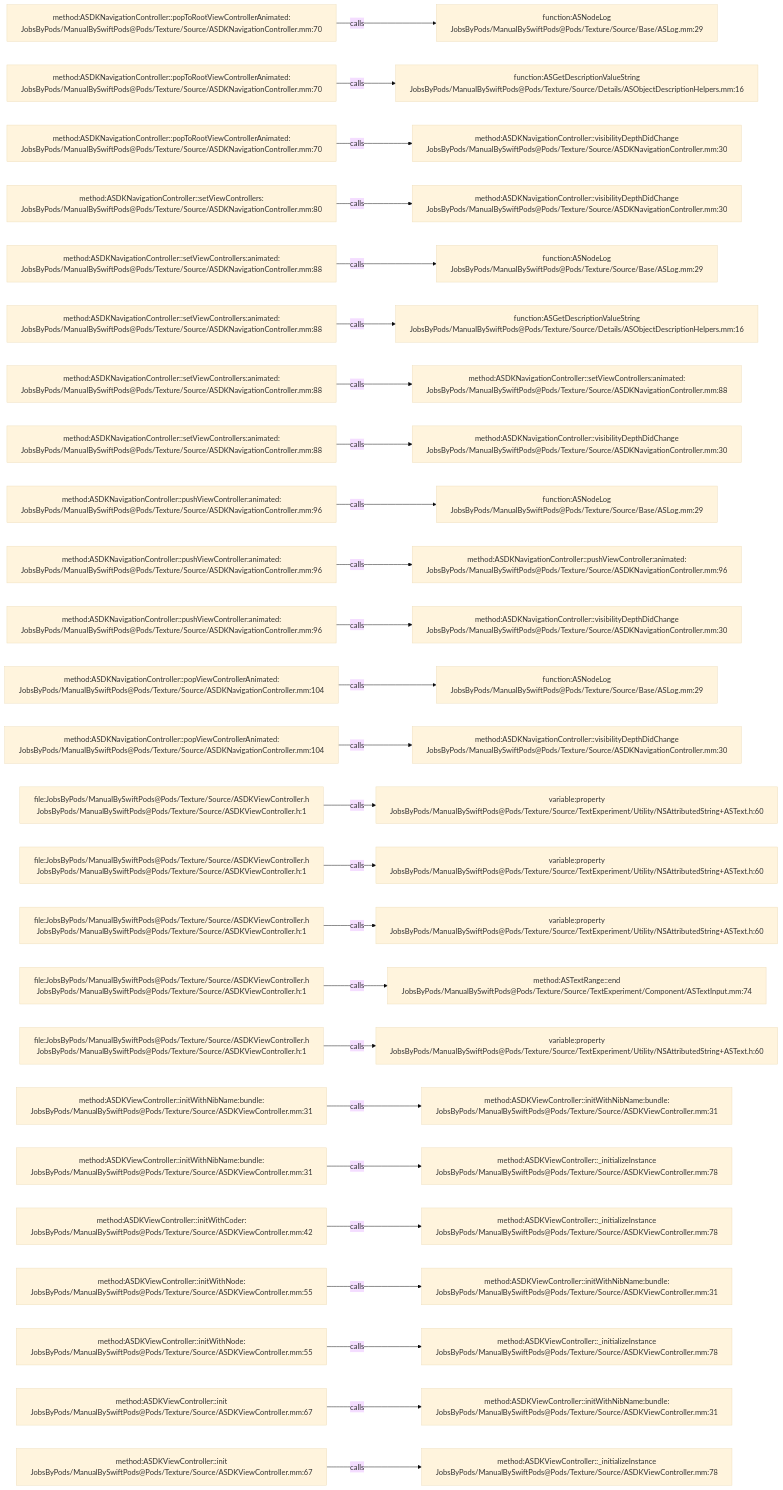
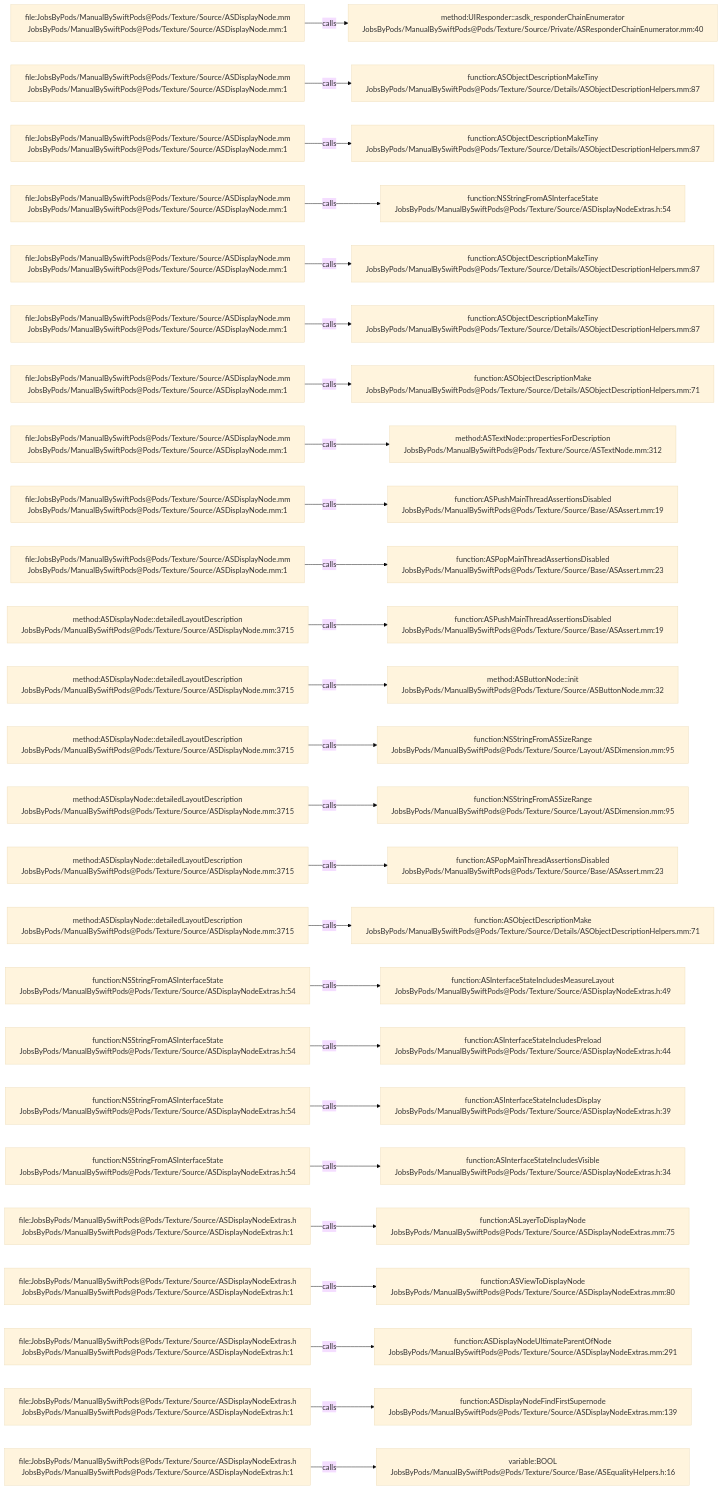
The diagram in .codegraph/codegraph.md/graphs/calls-037.md (JobsKits/JobsSwiftBaseConfigDemo), drawn with Mermaid (base theme) before and after one commit. The commit also changed 832 other files, not shown here.

````diff
--- a/.codegraph/codegraph.md/graphs/calls-037.md
+++ b/.codegraph/codegraph.md/graphs/calls-037.md
@@ -13,78 +13,78 @@
 ```mermaid
 flowchart LR
-  S1["method:ASDKNavigationController::popToRootViewControllerAnimated:<br/>JobsByPods/ManualBySwiftPods@Pods/Texture/Source/ASDKNavigationController.mm:70"]
-  T1["function:ASNodeLog<br/>JobsByPods/ManualBySwiftPods@Pods/Texture/Source/Base/ASLog.mm:29"]
+  S1["file:JobsByPods/ManualBySwiftPods@Pods/Texture/Source/ASDisplayNode.mm<br/>JobsByPods/ManualBySwiftPods@Pods/Texture/Source/ASDisplayNode.mm:1"]
+  T1["method:UIResponder::asdk_responderChainEnumerator<br/>JobsByPods/ManualBySwiftPods@Pods/Texture/Source/Private/ASResponderChainEnumerator.mm:40"]
   S1 -->|calls| T1
-  S2["method:ASDKNavigationController::popToRootViewControllerAnimated:<br/>JobsByPods/ManualBySwiftPods@Pods/Texture/Source/ASDKNavigationController.mm:70"]
-  T2["function:ASGetDescriptionValueString<br/>JobsByPods/ManualBySwiftPods@Pods/Texture/Source/Details/ASObjectDescriptionHelpers.mm:16"]
+  S2["file:JobsByPods/ManualBySwiftPods@Pods/Texture/Source/ASDisplayNode.mm<br/>JobsByPods/ManualBySwiftPods@Pods/Texture/Source/ASDisplayNode.mm:1"]
+  T2["function:ASObjectDescriptionMakeTiny<br/>JobsByPods/ManualBySwiftPods@Pods/Texture/Source/Details/ASObjectDescriptionHelpers.mm:87"]
   S2 -->|calls| T2
-  S3["method:ASDKNavigationController::popToRootViewControllerAnimated:<br/>JobsByPods/ManualBySwiftPods@Pods/Texture/Source/ASDKNavigationController.mm:70"]
-  T3["method:ASDKNavigationController::visibilityDepthDidChange<br/>JobsByPods/ManualBySwiftPods@Pods/Texture/Source/ASDKNavigationController.mm:30"]
+  S3["file:JobsByPods/ManualBySwiftPods@Pods/Texture/Source/ASDisplayNode.mm<br/>JobsByPods/ManualBySwiftPods@Pods/Texture/Source/ASDisplayNode.mm:1"]
+  T3["function:ASObjectDescriptionMakeTiny<br/>JobsByPods/ManualBySwiftPods@Pods/Texture/Source/Details/ASObjectDescriptionHelpers.mm:87"]
   S3 -->|calls| T3
-  S4["method:ASDKNavigationController::setViewControllers:<br/>JobsByPods/ManualBySwiftPods@Pods/Texture/Source/ASDKNavigationController.mm:80"]
-  T4["method:ASDKNavigationController::visibilityDepthDidChange<br/>JobsByPods/ManualBySwiftPods@Pods/Texture/Source/ASDKNavigationController.mm:30"]
+  S4["file:JobsByPods/ManualBySwiftPods@Pods/Texture/Source/ASDisplayNode.mm<br/>JobsByPods/ManualBySwiftPods@Pods/Texture/Source/ASDisplayNode.mm:1"]
+  T4["function:NSStringFromASInterfaceState<br/>JobsByPods/ManualBySwiftPods@Pods/Texture/Source/ASDisplayNodeExtras.h:54"]
   S4 -->|calls| T4
-  S5["method:ASDKNavigationController::setViewControllers:animated:<br/>JobsByPods/ManualBySwiftPods@Pods/Texture/Source/ASDKNavigationController.mm:88"]
-  T5["function:ASNodeLog<br/>JobsByPods/ManualBySwiftPods@Pods/Texture/Source/Base/ASLog.mm:29"]
+  S5["file:JobsByPods/ManualBySwiftPods@Pods/Texture/Source/ASDisplayNode.mm<br/>JobsByPods/ManualBySwiftPods@Pods/Texture/Source/ASDisplayNode.mm:1"]
+  T5["function:ASObjectDescriptionMakeTiny<br/>JobsByPods/ManualBySwiftPods@Pods/Texture/Source/Details/ASObjectDescriptionHelpers.mm:87"]
   S5 -->|calls| T5
-  S6["method:ASDKNavigationController::setViewControllers:animated:<br/>JobsByPods/ManualBySwiftPods@Pods/Texture/Source/ASDKNavigationController.mm:88"]
-  T6["function:ASGetDescriptionValueString<br/>JobsByPods/ManualBySwiftPods@Pods/Texture/Source/Details/ASObjectDescriptionHelpers.mm:16"]
+  S6["file:JobsByPods/ManualBySwiftPods@Pods/Texture/Source/ASDisplayNode.mm<br/>JobsByPods/ManualBySwiftPods@Pods/Texture/Source/ASDisplayNode.mm:1"]
+  T6["function:ASObjectDescriptionMakeTiny<br/>JobsByPods/ManualBySwiftPods@Pods/Texture/Source/Details/ASObjectDescriptionHelpers.mm:87"]
   S6 -->|calls| T6
-  S7["method:ASDKNavigationController::setViewControllers:animated:<br/>JobsByPods/ManualBySwiftPods@Pods/Texture/Source/ASDKNavigationController.mm:88"]
-  T7["method:ASDKNavigationController::setViewControllers:animated:<br/>JobsByPods/ManualBySwiftPods@Pods/Texture/Source/ASDKNavigationController.mm:88"]
+  S7["file:JobsByPods/ManualBySwiftPods@Pods/Texture/Source/ASDisplayNode.mm<br/>JobsByPods/ManualBySwiftPods@Pods/Texture/Source/ASDisplayNode.mm:1"]
+  T7["function:ASObjectDescriptionMake<br/>JobsByPods/ManualBySwiftPods@Pods/Texture/Source/Details/ASObjectDescriptionHelpers.mm:71"]
   S7 -->|calls| T7
-  S8["method:ASDKNavigationController::setViewControllers:animated:<br/>JobsByPods/ManualBySwiftPods@Pods/Texture/Source/ASDKNavigationController.mm:88"]
-  T8["method:ASDKNavigationController::visibilityDepthDidChange<br/>JobsByPods/ManualBySwiftPods@Pods/Texture/Source/ASDKNavigationController.mm:30"]
+  S8["file:JobsByPods/ManualBySwiftPods@Pods/Texture/Source/ASDisplayNode.mm<br/>JobsByPods/ManualBySwiftPods@Pods/Texture/Source/ASDisplayNode.mm:1"]
+  T8["method:ASTextNode::propertiesForDescription<br/>JobsByPods/ManualBySwiftPods@Pods/Texture/Source/ASTextNode.mm:312"]
   S8 -->|calls| T8
-  S9["method:ASDKNavigationController::pushViewController:animated:<br/>JobsByPods/ManualBySwiftPods@Pods/Texture/Source/ASDKNavigationController.mm:96"]
-  T9["function:ASNodeLog<br/>JobsByPods/ManualBySwiftPods@Pods/Texture/Source/Base/ASLog.mm:29"]
+  S9["file:JobsByPods/ManualBySwiftPods@Pods/Texture/Source/ASDisplayNode.mm<br/>JobsByPods/ManualBySwiftPods@Pods/Texture/Source/ASDisplayNode.mm:1"]
+  T9["function:ASPushMainThreadAssertionsDisabled<br/>JobsByPods/ManualBySwiftPods@Pods/Texture/Source/Base/ASAssert.mm:19"]
   S9 -->|calls| T9
-  S10["method:ASDKNavigationController::pushViewController:animated:<br/>JobsByPods/ManualBySwiftPods@Pods/Texture/Source/ASDKNavigationController.mm:96"]
-  T10["method:ASDKNavigationController::pushViewController:animated:<br/>JobsByPods/ManualBySwiftPods@Pods/Texture/Source/ASDKNavigationController.mm:96"]
+  S10["file:JobsByPods/ManualBySwiftPods@Pods/Texture/Source/ASDisplayNode.mm<br/>JobsByPods/ManualBySwiftPods@Pods/Texture/Source/ASDisplayNode.mm:1"]
+  T10["function:ASPopMainThreadAssertionsDisabled<br/>JobsByPods/ManualBySwiftPods@Pods/Texture/Source/Base/ASAssert.mm:23"]
   S10 -->|calls| T10
-  S11["method:ASDKNavigationController::pushViewController:animated:<br/>JobsByPods/ManualBySwiftPods@Pods/Texture/Source/ASDKNavigationController.mm:96"]
-  T11["method:ASDKNavigationController::visibilityDepthDidChange<br/>JobsByPods/ManualBySwiftPods@Pods/Texture/Source/ASDKNavigationController.mm:30"]
+  S11["method:ASDisplayNode::detailedLayoutDescription<br/>JobsByPods/ManualBySwiftPods@Pods/Texture/Source/ASDisplayNode.mm:3715"]
+  T11["function:ASPushMainThreadAssertionsDisabled<br/>JobsByPods/ManualBySwiftPods@Pods/Texture/Source/Base/ASAssert.mm:19"]
   S11 -->|calls| T11
-  S12["method:ASDKNavigationController::popViewControllerAnimated:<br/>JobsByPods/ManualBySwiftPods@Pods/Texture/Source/ASDKNavigationController.mm:104"]
-  T12["function:ASNodeLog<br/>JobsByPods/ManualBySwiftPods@Pods/Texture/Source/Base/ASLog.mm:29"]
+  S12["method:ASDisplayNode::detailedLayoutDescription<br/>JobsByPods/ManualBySwiftPods@Pods/Texture/Source/ASDisplayNode.mm:3715"]
+  T12["method:ASButtonNode::init<br/>JobsByPods/ManualBySwiftPods@Pods/Texture/Source/ASButtonNode.mm:32"]
   S12 -->|calls| T12
-  S13["method:ASDKNavigationController::popViewControllerAnimated:<br/>JobsByPods/ManualBySwiftPods@Pods/Texture/Source/ASDKNavigationController.mm:104"]
-  T13["method:ASDKNavigationController::visibilityDepthDidChange<br/>JobsByPods/ManualBySwiftPods@Pods/Texture/Source/ASDKNavigationController.mm:30"]
+  S13["method:ASDisplayNode::detailedLayoutDescription<br/>JobsByPods/ManualBySwiftPods@Pods/Texture/Source/ASDisplayNode.mm:3715"]
+  T13["function:NSStringFromASSizeRange<br/>JobsByPods/ManualBySwiftPods@Pods/Texture/Source/Layout/ASDimension.mm:95"]
   S13 -->|calls| T13
-  S14["file:JobsByPods/ManualBySwiftPods@Pods/Texture/Source/ASDKViewController.h<br/>JobsByPods/ManualBySwiftPods@Pods/Texture/Source/ASDKViewController.h:1"]
-  T14["variable:property<br/>JobsByPods/ManualBySwiftPods@Pods/Texture/Source/TextExperiment/Utility/NSAttributedString+ASText.h:60"]
+  S14["method:ASDisplayNode::detailedLayoutDescription<br/>JobsByPods/ManualBySwiftPods@Pods/Texture/Source/ASDisplayNode.mm:3715"]
+  T14["function:NSStringFromASSizeRange<br/>JobsByPods/ManualBySwiftPods@Pods/Texture/Source/Layout/ASDimension.mm:95"]
   S14 -->|calls| T14
-  S15["file:JobsByPods/ManualBySwiftPods@Pods/Texture/Source/ASDKViewController.h<br/>JobsByPods/ManualBySwiftPods@Pods/Texture/Source/ASDKViewController.h:1"]
-  T15["variable:property<br/>JobsByPods/ManualBySwiftPods@Pods/Texture/Source/TextExperiment/Utility/NSAttributedString+ASText.h:60"]
+  S15["method:ASDisplayNode::detailedLayoutDescription<br/>JobsByPods/ManualBySwiftPods@Pods/Texture/Source/ASDisplayNode.mm:3715"]
+  T15["function:ASPopMainThreadAssertionsDisabled<br/>JobsByPods/ManualBySwiftPods@Pods/Texture/Source/Base/ASAssert.mm:23"]
   S15 -->|calls| T15
-  S16["file:JobsByPods/ManualBySwiftPods@Pods/Texture/Source/ASDKViewController.h<br/>JobsByPods/ManualBySwiftPods@Pods/Texture/Source/ASDKViewController.h:1"]
-  T16["variable:property<br/>JobsByPods/ManualBySwiftPods@Pods/Texture/Source/TextExperiment/Utility/NSAttributedString+ASText.h:60"]
+  S16["method:ASDisplayNode::detailedLayoutDescription<br/>JobsByPods/ManualBySwiftPods@Pods/Texture/Source/ASDisplayNode.mm:3715"]
+  T16["function:ASObjectDescriptionMake<br/>JobsByPods/ManualBySwiftPods@Pods/Texture/Source/Details/ASObjectDescriptionHelpers.mm:71"]
   S16 -->|calls| T16
-  S17["file:JobsByPods/ManualBySwiftPods@Pods/Texture/Source/ASDKViewController.h<br/>JobsByPods/ManualBySwiftPods@Pods/Texture/Source/ASDKViewController.h:1"]
-  T17["method:ASTextRange::end<br/>JobsByPods/ManualBySwiftPods@Pods/Texture/Source/TextExperiment/Component/ASTextInput.mm:74"]
+  S17["function:NSStringFromASInterfaceState<br/>JobsByPods/ManualBySwiftPods@Pods/Texture/Source/ASDisplayNodeExtras.h:54"]
+  T17["function:ASInterfaceStateIncludesMeasureLayout<br/>JobsByPods/ManualBySwiftPods@Pods/Texture/Source/ASDisplayNodeExtras.h:49"]
   S17 -->|calls| T17
-  S18["file:JobsByPods/ManualBySwiftPods@Pods/Texture/Source/ASDKViewController.h<br/>JobsByPods/ManualBySwiftPods@Pods/Texture/Source/ASDKViewController.h:1"]
-  T18["variable:property<br/>JobsByPods/ManualBySwiftPods@Pods/Texture/Source/TextExperiment/Utility/NSAttributedString+ASText.h:60"]
+  S18["function:NSStringFromASInterfaceState<br/>JobsByPods/ManualBySwiftPods@Pods/Texture/Source/ASDisplayNodeExtras.h:54"]
+  T18["function:ASInterfaceStateIncludesPreload<br/>JobsByPods/ManualBySwiftPods@Pods/Texture/Source/ASDisplayNodeExtras.h:44"]
   S18 -->|calls| T18
-  S19["method:ASDKViewController::initWithNibName:bundle:<br/>JobsByPods/ManualBySwiftPods@Pods/Texture/Source/ASDKViewController.mm:31"]
-  T19["method:ASDKViewController::initWithNibName:bundle:<br/>JobsByPods/ManualBySwiftPods@Pods/Texture/Source/ASDKViewController.mm:31"]
+  S19["function:NSStringFromASInterfaceState<br/>JobsByPods/ManualBySwiftPods@Pods/Texture/Source/ASDisplayNodeExtras.h:54"]
+  T19["function:ASInterfaceStateIncludesDisplay<br/>JobsByPods/ManualBySwiftPods@Pods/Texture/Source/ASDisplayNodeExtras.h:39"]
   S19 -->|calls| T19
-  S20["method:ASDKViewController::initWithNibName:bundle:<br/>JobsByPods/ManualBySwiftPods@Pods/Texture/Source/ASDKViewController.mm:31"]
-  T20["method:ASDKViewController::_initializeInstance<br/>JobsByPods/ManualBySwiftPods@Pods/Texture/Source/ASDKViewController.mm:78"]
+  S20["function:NSStringFromASInterfaceState<br/>JobsByPods/ManualBySwiftPods@Pods/Texture/Source/ASDisplayNodeExtras.h:54"]
+  T20["function:ASInterfaceStateIncludesVisible<br/>JobsByPods/ManualBySwiftPods@Pods/Texture/Source/ASDisplayNodeExtras.h:34"]
   S20 -->|calls| T20
-  S21["method:ASDKViewController::initWithCoder:<br/>JobsByPods/ManualBySwiftPods@Pods/Texture/Source/ASDKViewController.mm:42"]
-  T21["method:ASDKViewController::_initializeInstance<br/>JobsByPods/ManualBySwiftPods@Pods/Texture/Source/ASDKViewController.mm:78"]
+  S21["file:JobsByPods/ManualBySwiftPods@Pods/Texture/Source/ASDisplayNodeExtras.h<br/>JobsByPods/ManualBySwiftPods@Pods/Texture/Source/ASDisplayNodeExtras.h:1"]
+  T21["function:ASLayerToDisplayNode<br/>JobsByPods/ManualBySwiftPods@Pods/Texture/Source/ASDisplayNodeExtras.mm:75"]
   S21 -->|calls| T21
-  S22["method:ASDKViewController::initWithNode:<br/>JobsByPods/ManualBySwiftPods@Pods/Texture/Source/ASDKViewController.mm:55"]
-  T22["method:ASDKViewController::initWithNibName:bundle:<br/>JobsByPods/ManualBySwiftPods@Pods/Texture/Source/ASDKViewController.mm:31"]
+  S22["file:JobsByPods/ManualBySwiftPods@Pods/Texture/Source/ASDisplayNodeExtras.h<br/>JobsByPods/ManualBySwiftPods@Pods/Texture/Source/ASDisplayNodeExtras.h:1"]
+  T22["function:ASViewToDisplayNode<br/>JobsByPods/ManualBySwiftPods@Pods/Texture/Source/ASDisplayNodeExtras.mm:80"]
   S22 -->|calls| T22
-  S23["method:ASDKViewController::initWithNode:<br/>JobsByPods/ManualBySwiftPods@Pods/Texture/Source/ASDKViewController.mm:55"]
-  T23["method:ASDKViewController::_initializeInstance<br/>JobsByPods/ManualBySwiftPods@Pods/Texture/Source/ASDKViewController.mm:78"]
+  S23["file:JobsByPods/ManualBySwiftPods@Pods/Texture/Source/ASDisplayNodeExtras.h<br/>JobsByPods/ManualBySwiftPods@Pods/Texture/Source/ASDisplayNodeExtras.h:1"]
+  T23["function:ASDisplayNodeUltimateParentOfNode<br/>JobsByPods/ManualBySwiftPods@Pods/Texture/Source/ASDisplayNodeExtras.mm:291"]
   S23 -->|calls| T23
-  S24["method:ASDKViewController::init<br/>JobsByPods/ManualBySwiftPods@Pods/Texture/Source/ASDKViewController.mm:67"]
-  T24["method:ASDKViewController::initWithNibName:bundle:<br/>JobsByPods/ManualBySwiftPods@Pods/Texture/Source/ASDKViewController.mm:31"]
+  S24["file:JobsByPods/ManualBySwiftPods@Pods/Texture/Source/ASDisplayNodeExtras.h<br/>JobsByPods/ManualBySwiftPods@Pods/Texture/Source/ASDisplayNodeExtras.h:1"]
+  T24["function:ASDisplayNodeFindFirstSupernode<br/>JobsByPods/ManualBySwiftPods@Pods/Texture/Source/ASDisplayNodeExtras.mm:139"]
   S24 -->|calls| T24
-  S25["method:ASDKViewController::init<br/>JobsByPods/ManualBySwiftPods@Pods/Texture/Source/ASDKViewController.mm:67"]
-  T25["method:ASDKViewController::_initializeInstance<br/>JobsByPods/ManualBySwiftPods@Pods/Texture/Source/ASDKViewController.mm:78"]
+  S25["file:JobsByPods/ManualBySwiftPods@Pods/Texture/Source/ASDisplayNodeExtras.h<br/>JobsByPods/ManualBySwiftPods@Pods/Texture/Source/ASDisplayNodeExtras.h:1"]
+  T25["variable:BOOL<br/>JobsByPods/ManualBySwiftPods@Pods/Texture/Source/Base/ASEqualityHelpers.h:16"]
   S25 -->|calls| T25
 ```
````
